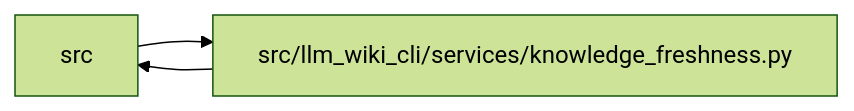
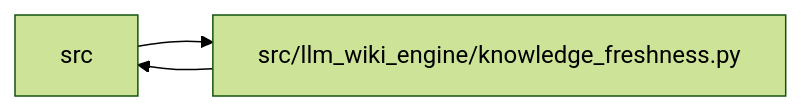
Before and after one commit to Denissvgn/python-wiki-llm: the diagram in docs/llm_wiki/modules/knowledge_freshness.md, drawn with Mermaid (forest theme). The commit also changed other lines of this file and 1058 other files, not shown here.

First line of the commit message:
docs: refresh the wiki for the knowledge store move

````diff
--- a/docs/llm_wiki/modules/knowledge_freshness.md
+++ b/docs/llm_wiki/modules/knowledge_freshness.md
@@ -51,8 +51,8 @@
 ```mermaid
 flowchart LR
     n0["src"]
-    n1["src/llm_wiki_cli/services/knowledge_freshness.py"]
+    n1["src/llm_wiki_engine/knowledge_freshness.py"]
     n0 --> n1
     n1 --> n0
     click n1 "../modules/knowledge_freshness.md"
 ```
````
